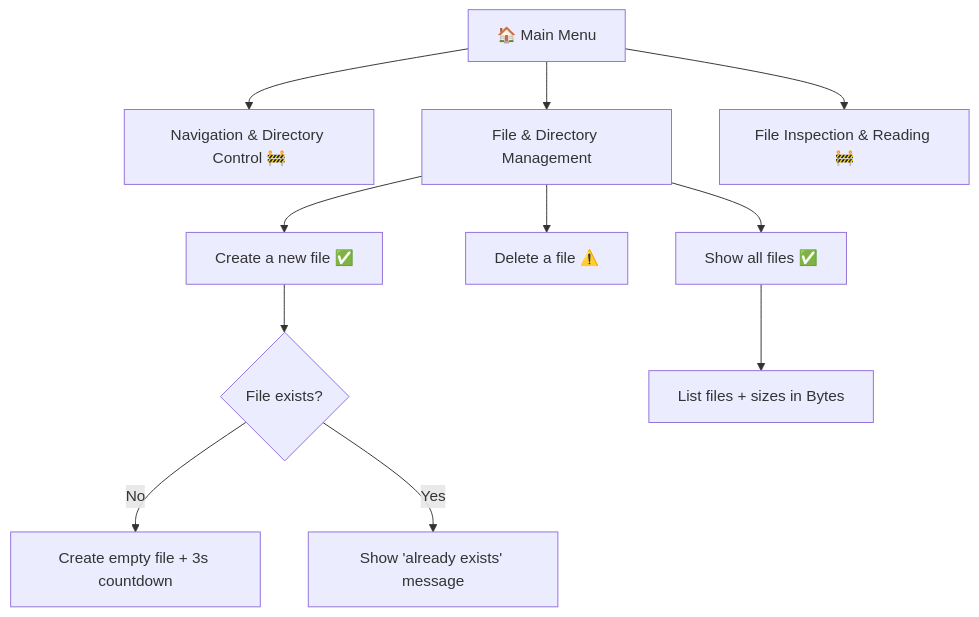
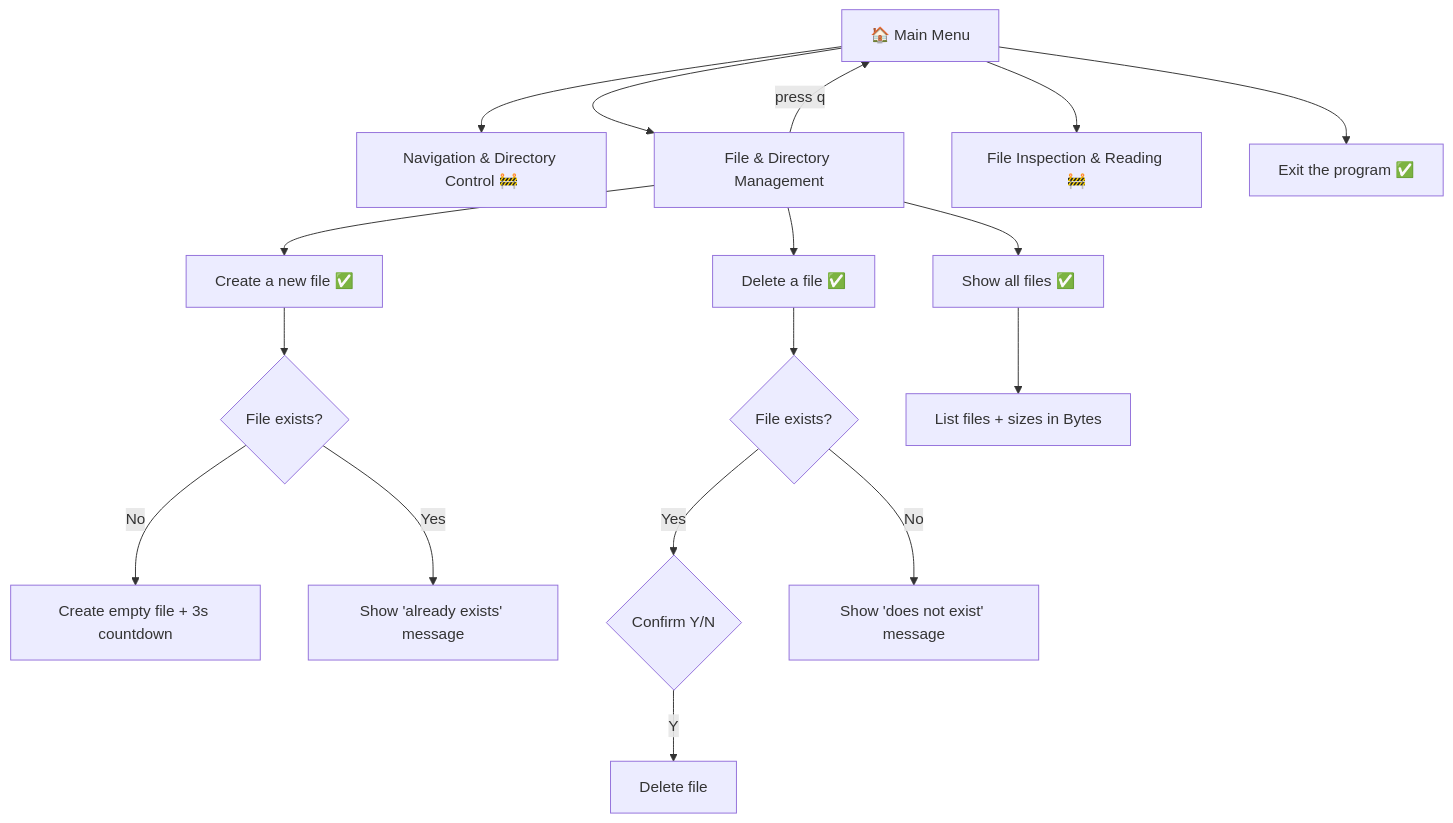
One commit to KhunSama/File-Management changed the diagram in README.md. Above: the diagram before and after it, drawn with Mermaid. The commit also changed other lines of this file and 1 other file, not shown here.

````diff
--- a/README.md
+++ b/README.md
@@ -27,16 +30,23 @@
 ```mermaid
 flowchart TD
     A[🏠 Main Menu] --> B[Navigation & Directory Control 🚧]
     A --> C[File & Directory Management]
     A --> D[File Inspection & Reading 🚧]
+    A --> X[Exit the program ✅]
 
     C --> C1[Create a new file ✅]
-    C --> C2[Delete a file ⚠️]
+    C --> C2[Delete a file ✅]
     C --> C3[Show all files ✅]
+    C -- press q --> A
 
     C1 --> E{File exists?}
     E -- No --> F[Create empty file + 3s countdown]
     E -- Yes --> G[Show 'already exists' message]
 
+    C2 --> I{File exists?}
+    I -- Yes --> J{Confirm Y/N}
+    J -- Y --> K[Delete file]
+    I -- No --> L[Show 'does not exist' message]
+
     C3 --> H[List files + sizes in Bytes]
 ```
````
